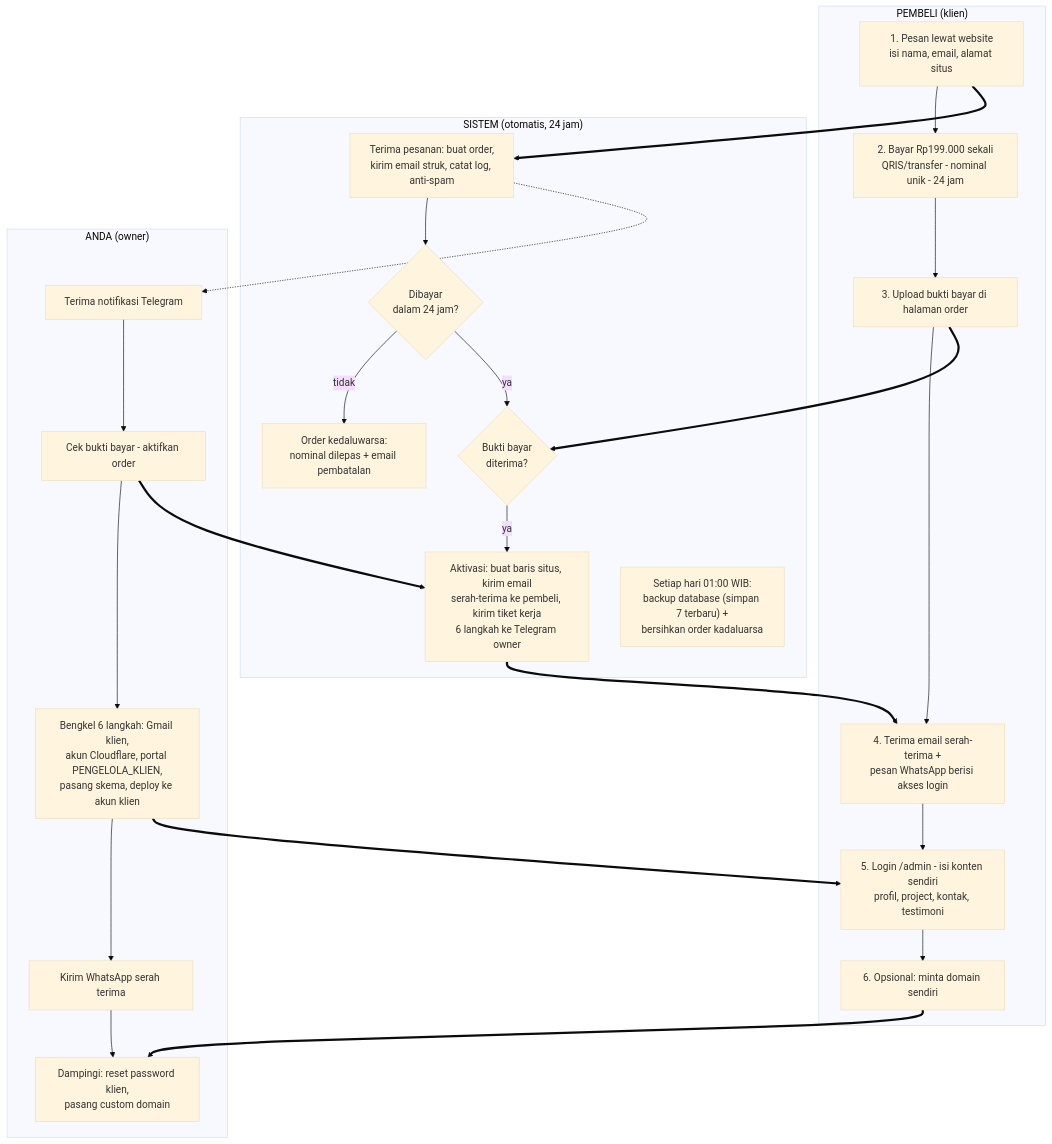
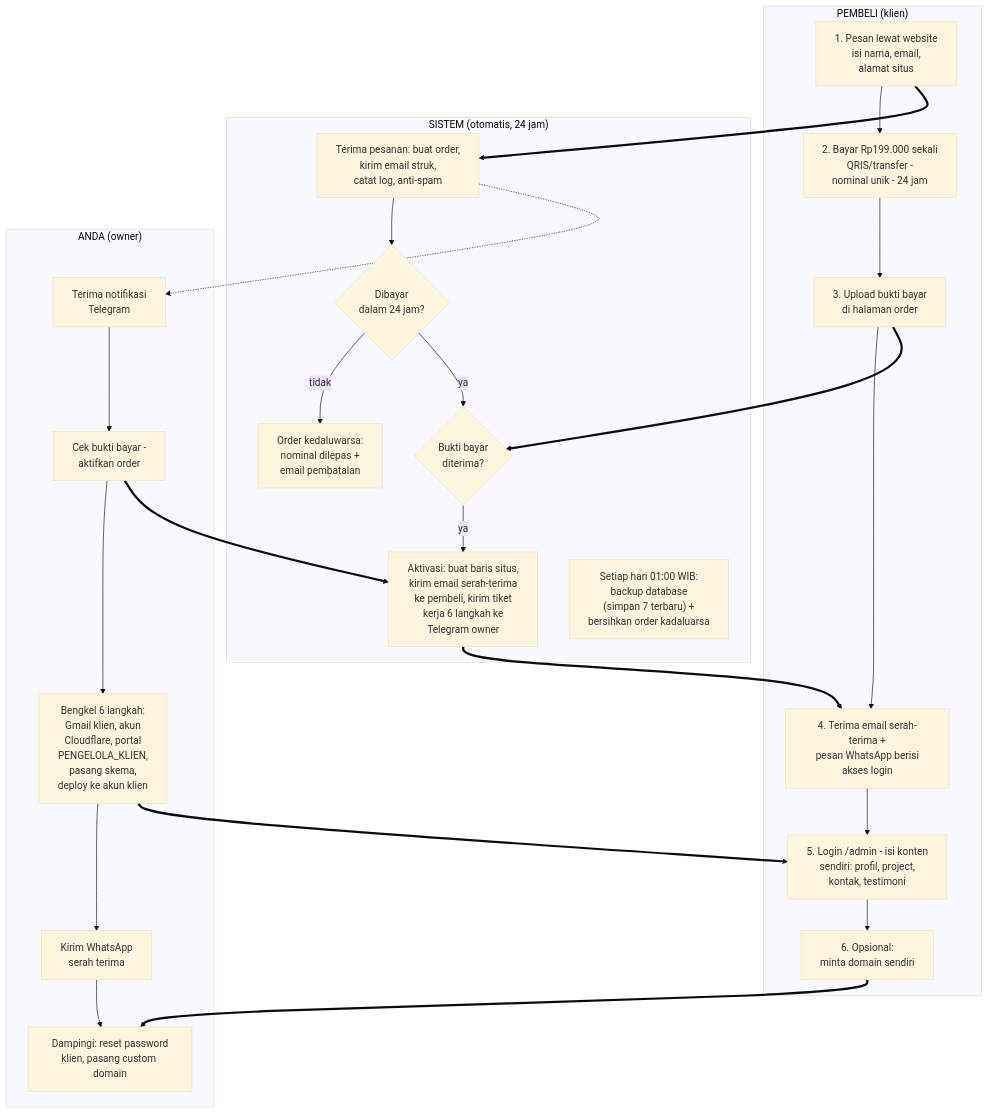
The diagram in docs/diagrams/alur-bisnis.mmd (raaOS/portfolio-template), drawn with Mermaid (base theme) before and after one commit. The commit also changed 5 other files, not shown here.

```diff
--- a/docs/diagrams/alur-bisnis.mmd
+++ b/docs/diagrams/alur-bisnis.mmd
@@ -1,44 +1,44 @@
 %% Peta alur bisnis Portfolio OS — milik owner, bahasa non-IT.
 %% Sumber kebenaran tunggal: dirender portal PENGELOLA_KLIEN (tab "Peta Bisnis").
 %% Ubah file ini saja bila alur berubah; portal otomatis menampilkan versi terbaru.
 flowchart TB
   subgraph PEMBELI["PEMBELI (klien)"]
-    P1["1. Pesan lewat website<br/>isi nama, email, alamat situs"]
-    P2["2. Bayar Rp199.000 sekali<br/>QRIS/transfer - nominal unik - 24 jam"]
-    P3["3. Upload bukti bayar di halaman order"]
-    P4["4. Terima email serah-terima +<br/>pesan WhatsApp berisi akses login"]
-    P5["5. Login /admin - isi konten sendiri<br/>profil, project, kontak, testimoni"]
-    P6["6. Opsional: minta domain sendiri"]
+    P1["1. Pesan lewat website<br/>isi nama, email,<br/>alamat situs"]
+    P2["2. Bayar Rp199.000 sekali<br/>QRIS/transfer -<br/>nominal unik - 24 jam"]
+    P3["3. Upload bukti bayar<br/>di halaman order"]
+    P4["4. Terima email serah-terima +<br/>pesan WhatsApp berisi<br/>akses login"]
+    P5["5. Login /admin - isi konten<br/>sendiri: profil, project,<br/>kontak, testimoni"]
+    P6["6. Opsional:<br/>minta domain sendiri"]
     P1 --> P2 --> P3
     P3 --> P4 --> P5 --> P6
   end
 
   subgraph SISTEM["SISTEM (otomatis, 24 jam)"]
-    S1["Terima pesanan: buat order,<br/>kirim email struk, catat log, anti-spam"]
+    S1["Terima pesanan: buat order,<br/>kirim email struk,<br/>catat log, anti-spam"]
     S2{"Dibayar<br/>dalam 24 jam?"}
-    S3["Order kedaluwarsa:<br/>nominal dilepas + email pembatalan"]
+    S3["Order kedaluwarsa:<br/>nominal dilepas +<br/>email pembatalan"]
     S4{"Bukti bayar<br/>diterima?"}
-    S5["Aktivasi: buat baris situs, kirim email<br/>serah-terima ke pembeli, kirim tiket kerja<br/>6 langkah ke Telegram owner"]
-    S6["Setiap hari 01:00 WIB:<br/>backup database (simpan 7 terbaru) +<br/>bersihkan order kadaluarsa"]
+    S5["Aktivasi: buat baris situs,<br/>kirim email serah-terima<br/>ke pembeli, kirim tiket<br/>kerja 6 langkah ke<br/>Telegram owner"]
+    S6["Setiap hari 01:00 WIB:<br/>backup database<br/>(simpan 7 terbaru) +<br/>bersihkan order kadaluarsa"]
     S1 --> S2
     S2 -->|tidak| S3
     S2 -->|ya| S4
     S4 -->|ya| S5
   end
 
   subgraph OWNER["ANDA (owner)"]
-    O1["Terima notifikasi Telegram"]
-    O2["Cek bukti bayar - aktifkan order"]
-    O3["Bengkel 6 langkah: Gmail klien,<br/>akun Cloudflare, portal PENGELOLA_KLIEN,<br/>pasang skema, deploy ke akun klien"]
-    O4["Kirim WhatsApp serah terima"]
-    O5["Dampingi: reset password klien,<br/>pasang custom domain"]
+    O1["Terima notifikasi<br/>Telegram"]
+    O2["Cek bukti bayar -<br/>aktifkan order"]
+    O3["Bengkel 6 langkah:<br/>Gmail klien, akun<br/>Cloudflare, portal<br/>PENGELOLA_KLIEN,<br/>pasang skema,<br/>deploy ke akun klien"]
+    O4["Kirim WhatsApp<br/>serah terima"]
+    O5["Dampingi: reset password<br/>klien, pasang custom domain"]
     O1 --> O2 --> O3 --> O4 --> O5
   end
 
   P1 ==> S1
   S1 -.-> O1
   P3 ==> S4
   O2 ==> S5
   S5 ==> P4
   O3 ==> P5
   P6 ==> O5
```
